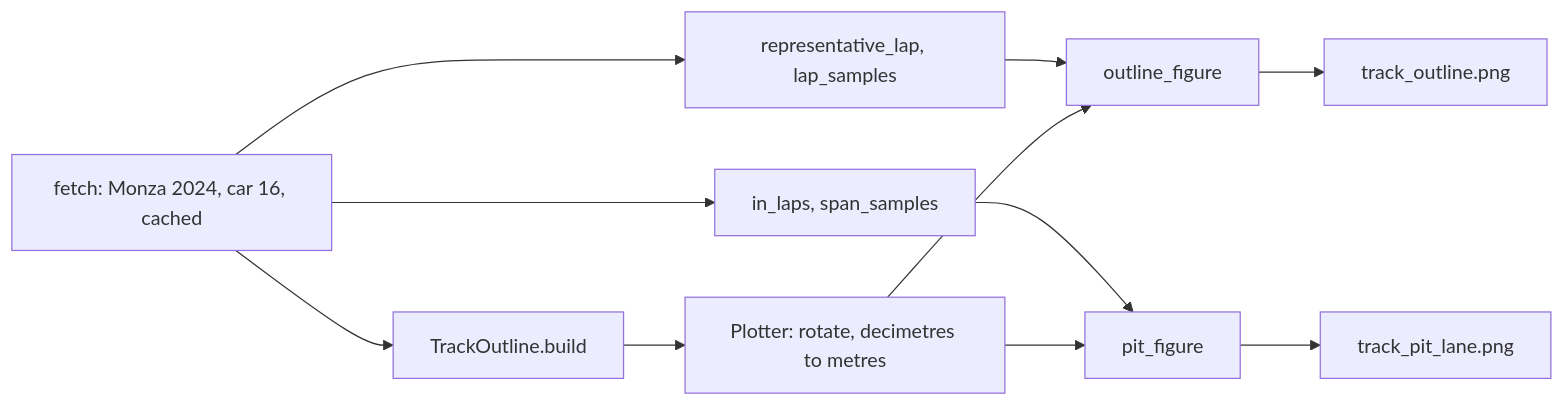
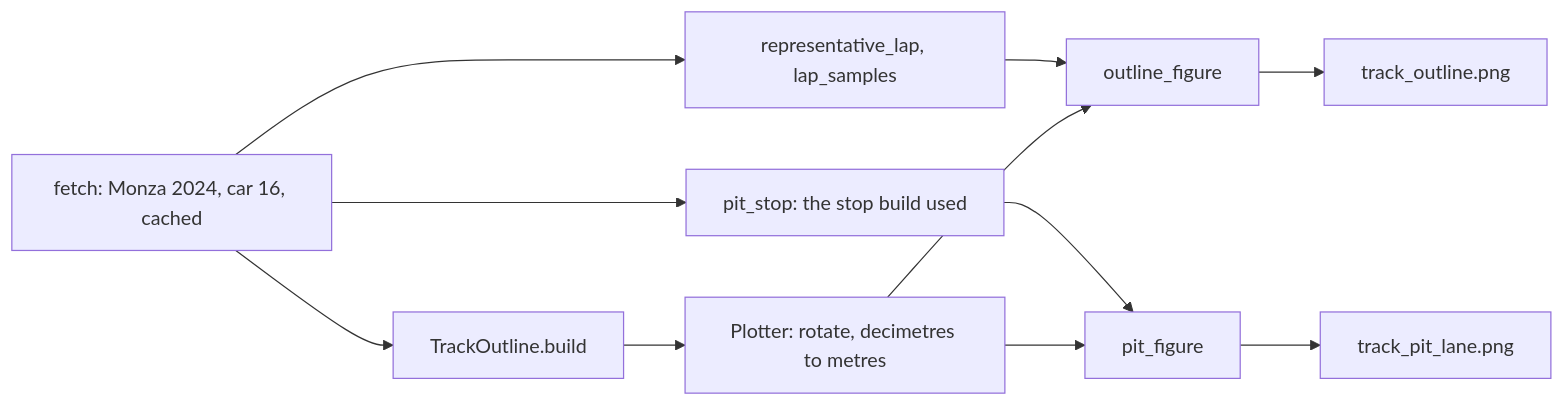
Before and after one commit to Ekanth-Sai/pitwall: the seventh of 7 diagrams in docs/design/track.md, drawn with Mermaid. The commit also changed other lines of this file and 9 other files, not shown here.

````diff
--- a/docs/design/track.md
+++ b/docs/design/track.md
@@ -297,13 +322,13 @@
 ```mermaid
 flowchart LR
     A["fetch: Monza 2024, car 16, cached"] --> B["TrackOutline.build"]
     A --> C["representative_lap, lap_samples"]
-    A --> D["in_laps, span_samples"]
+    A --> D["pit_stop: the stop build used"]
     B --> E["Plotter: rotate, decimetres to metres"]
     C --> F["outline_figure"]
     D --> G["pit_figure"]
     E --> F
     E --> G
     F --> H["track_outline.png"]
     G --> I["track_pit_lane.png"]
 ```
````
